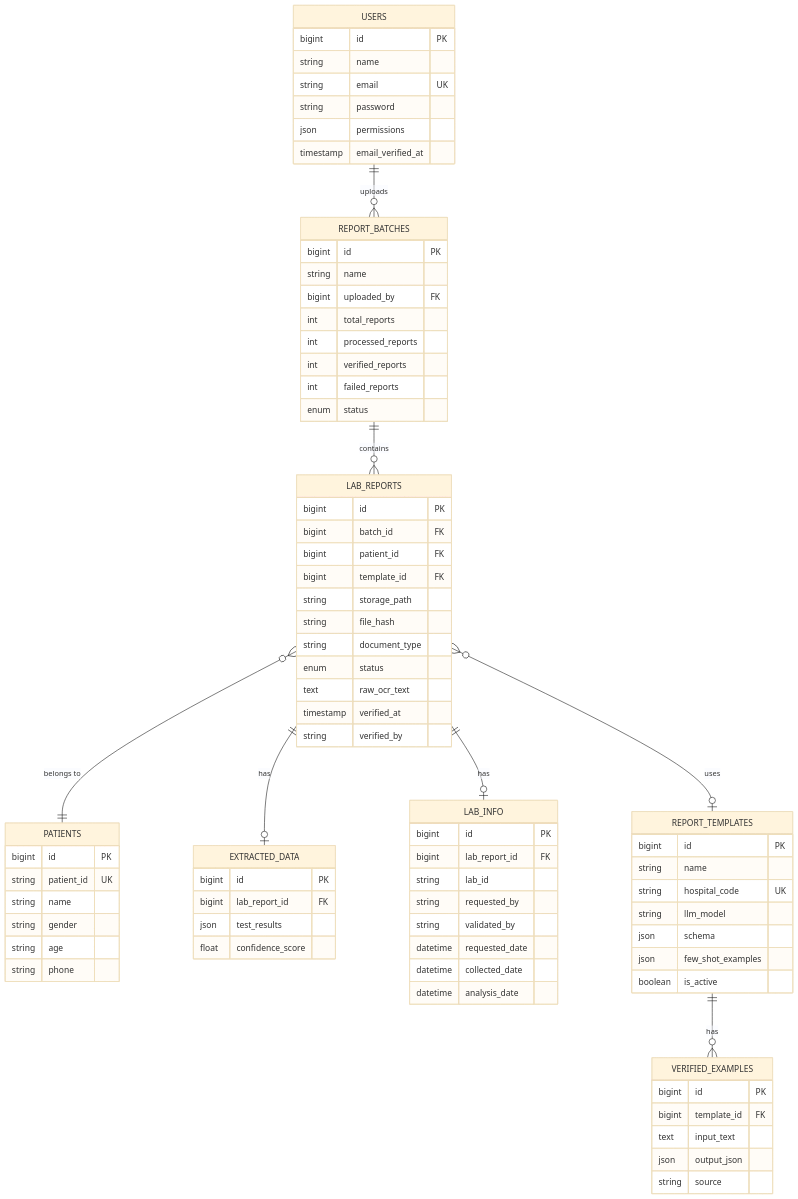
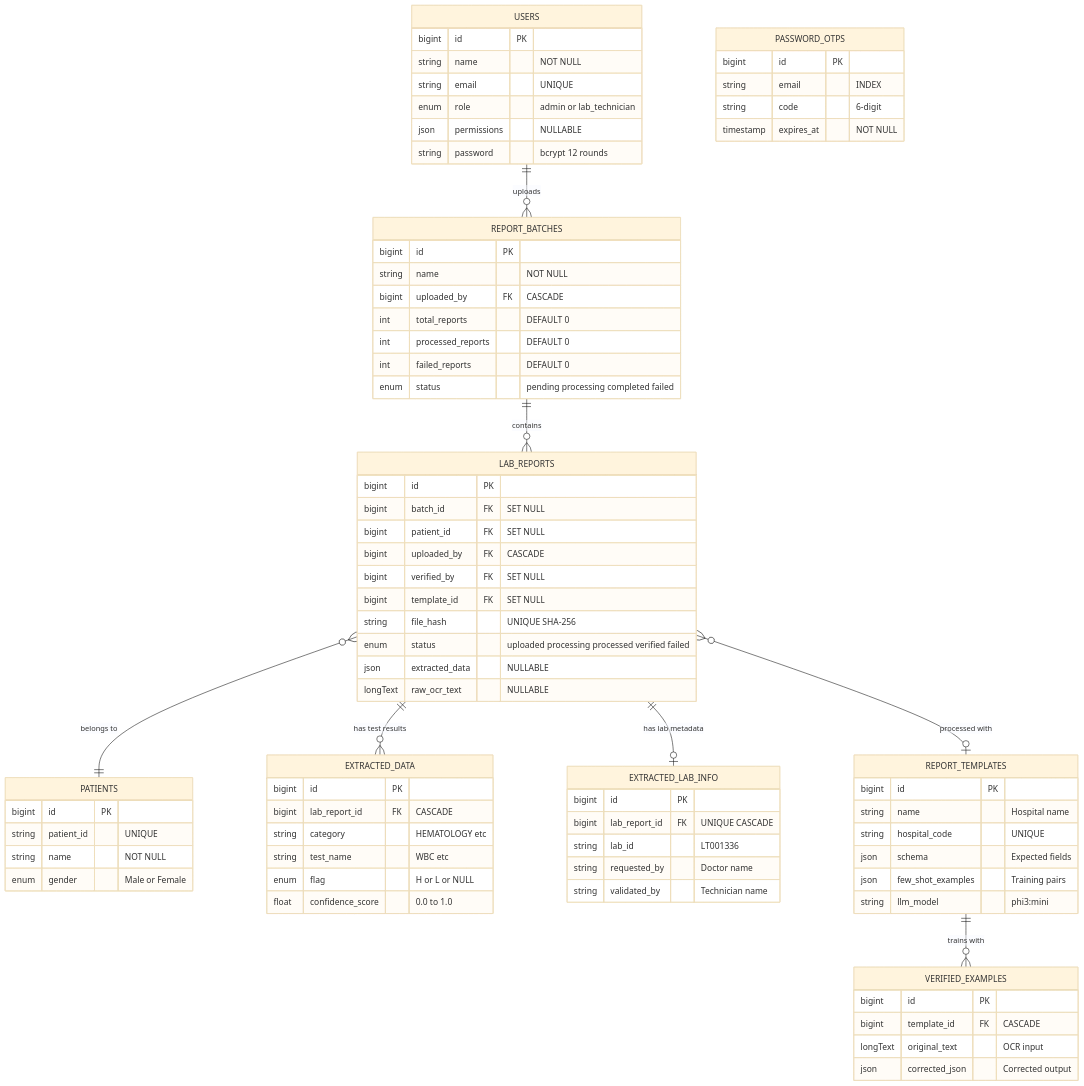
Before and after one commit to Chivorn99/clinex-fyp-full-application: diagram 37 of 43 in clinex_system_design.md, drawn with Mermaid (base theme). The commit also changed other lines of this file and 3 other files, not shown here.

````diff
--- a/clinex_system_design.md
+++ b/clinex_system_design.md
@@ -307,88 +1684,88 @@
 erDiagram
     USERS {
         bigint id PK
-        string name
-        string email UK
-        string password
-        json permissions
-        timestamp email_verified_at
+        string name "NOT NULL"
+        string email "UNIQUE"
+        enum role "admin or lab_technician"
+        json permissions "NULLABLE"
+        string password "bcrypt 12 rounds"
     }
 
     REPORT_BATCHES {
         bigint id PK
-        string name
-        bigint uploaded_by FK
-        int total_reports
-        int processed_reports
-        int verified_reports
-        int failed_reports
-        enum status
+        string name "NOT NULL"
+        bigint uploaded_by FK "CASCADE"
+        int total_reports "DEFAULT 0"
+        int processed_reports "DEFAULT 0"
+        int failed_reports "DEFAULT 0"
+        enum status "pending processing completed failed"
     }
 
     LAB_REPORTS {
         bigint id PK
-        bigint batch_id FK
-        bigint patient_id FK
-        bigint template_id FK
-        string storage_path
-        string file_hash
-        string document_type
-        enum status
-        text raw_ocr_text
-        timestamp verified_at
-        string verified_by
+        bigint batch_id FK "SET NULL"
+        bigint patient_id FK "SET NULL"
+        bigint uploaded_by FK "CASCADE"
+        bigint verified_by FK "SET NULL"
+        bigint template_id FK "SET NULL"
+        string file_hash "UNIQUE SHA-256"
+        enum status "uploaded processing processed verified failed"
+        json extracted_data "NULLABLE"
+        longText raw_ocr_text "NULLABLE"
     }
 
     PATIENTS {
         bigint id PK
-        string patient_id UK
-        string name
-        string gender
-        string age
-        string phone
+        string patient_id "UNIQUE"
+        string name "NOT NULL"
+        enum gender "Male or Female"
     }
 
     EXTRACTED_DATA {
         bigint id PK
-        bigint lab_report_id FK
-        json test_results
-        float confidence_score
+        bigint lab_report_id FK "CASCADE"
+        string category "HEMATOLOGY etc"
+        string test_name "WBC etc"
+        enum flag "H or L or NULL"
+        float confidence_score "0.0 to 1.0"
     }
 
-    LAB_INFO {
+    EXTRACTED_LAB_INFO {
         bigint id PK
-        bigint lab_report_id FK
-        string lab_id
-        string requested_by
-        string validated_by
-        datetime requested_date
-        datetime collected_date
-        datetime analysis_date
+        bigint lab_report_id FK "UNIQUE CASCADE"
+        string lab_id "LT001336"
+        string requested_by "Doctor name"
+        string validated_by "Technician name"
     }
 
     REPORT_TEMPLATES {
         bigint id PK
-        string name
-        string hospital_code UK
-        string llm_model
-        json schema
-        json few_shot_examples
-        boolean is_active
+        string name "Hospital name"
+        string hospital_code "UNIQUE"
+        json schema "Expected fields"
+        json few_shot_examples "Training pairs"
+        string llm_model "phi3:mini"
     }
 
     VERIFIED_EXAMPLES {
         bigint id PK
-        bigint template_id FK
-        text input_text
-        json output_json
-        string source
+        bigint template_id FK "CASCADE"
+        longText original_text "OCR input"
+        json corrected_json "Corrected output"
+    }
+
+    PASSWORD_OTPS {
+        bigint id PK
+        string email "INDEX"
+        string code "6-digit"
+        timestamp expires_at "NOT NULL"
     }
 
     USERS ||--o{ REPORT_BATCHES : "uploads"
     REPORT_BATCHES ||--o{ LAB_REPORTS : "contains"
-    LAB_REPORTS ||--o| EXTRACTED_DATA : "has"
-    LAB_REPORTS ||--o| LAB_INFO : "has"
+    LAB_REPORTS ||--o{ EXTRACTED_DATA : "has test results"
+    LAB_REPORTS ||--o| EXTRACTED_LAB_INFO : "has lab metadata"
     LAB_REPORTS }o--|| PATIENTS : "belongs to"
-    LAB_REPORTS }o--o| REPORT_TEMPLATES : "uses"
-    REPORT_TEMPLATES ||--o{ VERIFIED_EXAMPLES : "has"
+    LAB_REPORTS }o--o| REPORT_TEMPLATES : "processed with"
+    REPORT_TEMPLATES ||--o{ VERIFIED_EXAMPLES : "trains with"
 ```
````
